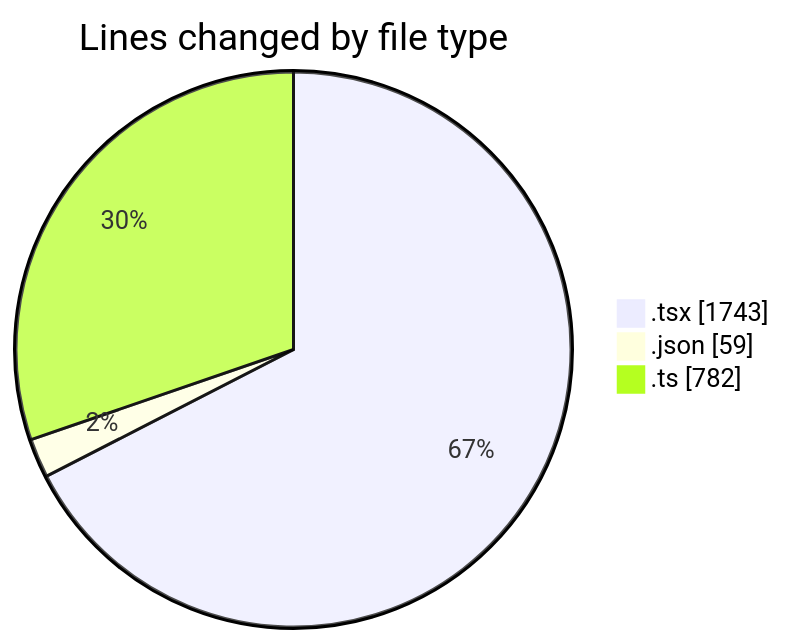
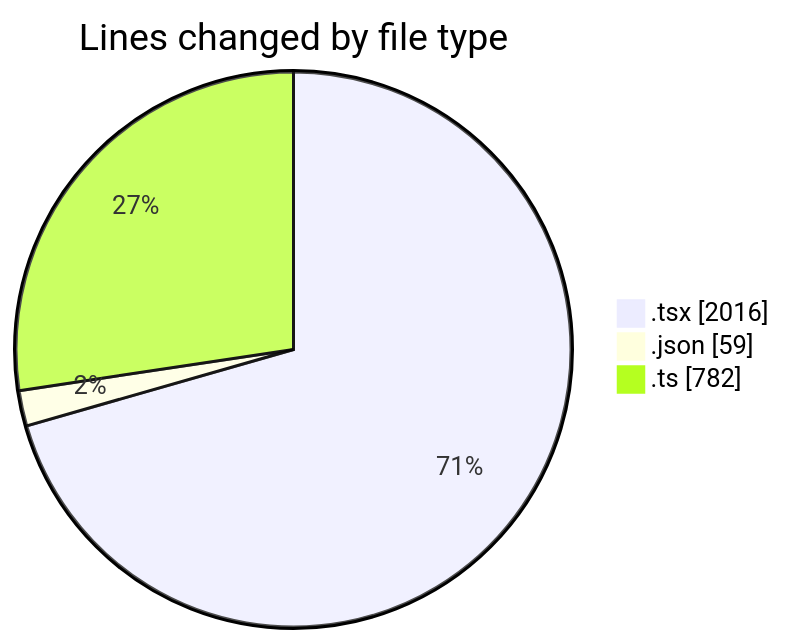
The first of 2 diagrams in 2025-11-24/cda/README.md (momahboobian/code-tracking), drawn with Mermaid before and after one commit. The commit also changed other lines of this file and 1 other file, not shown here.

````diff
--- a/2025-11-24/cda/README.md
+++ b/2025-11-24/cda/README.md
@@ -30,7 +31,7 @@
 ```mermaid
 pie showData
 title Lines changed by file type
-".tsx" : 1743
+".tsx" : 2016
 ".json" : 59
 ".ts" : 782
 ```
````
